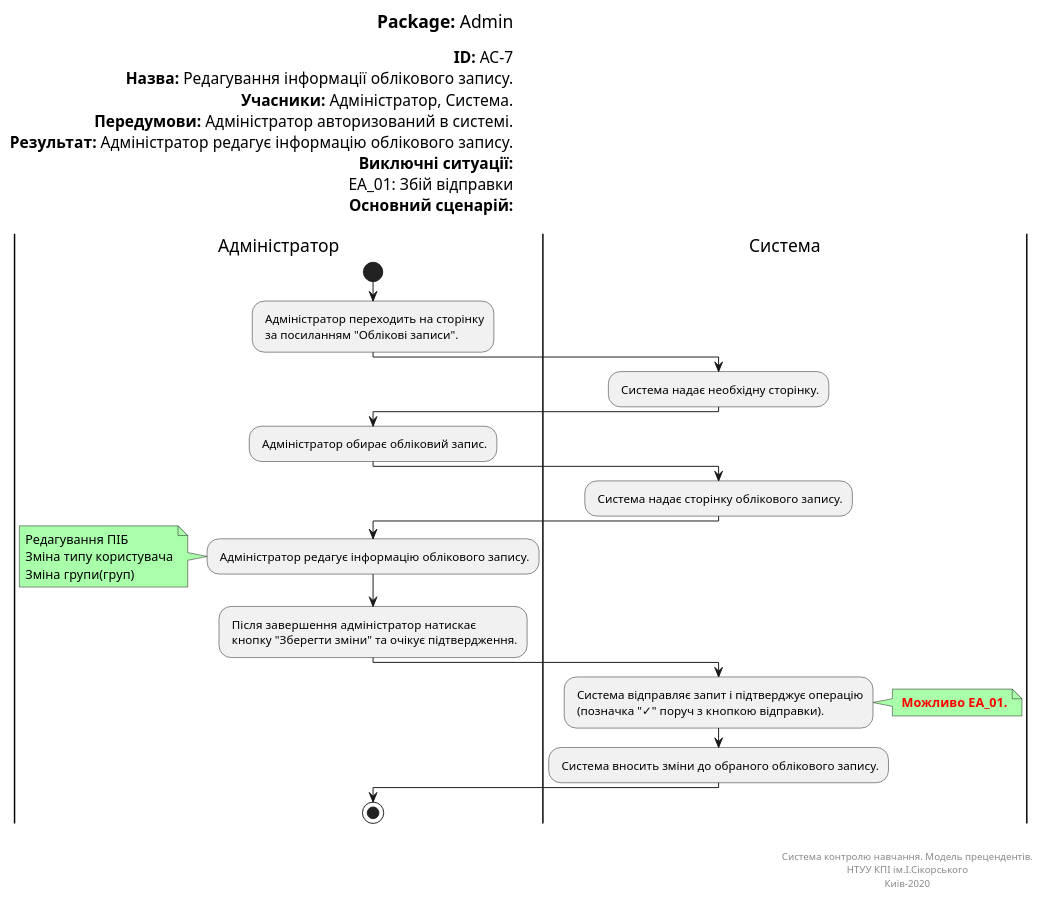
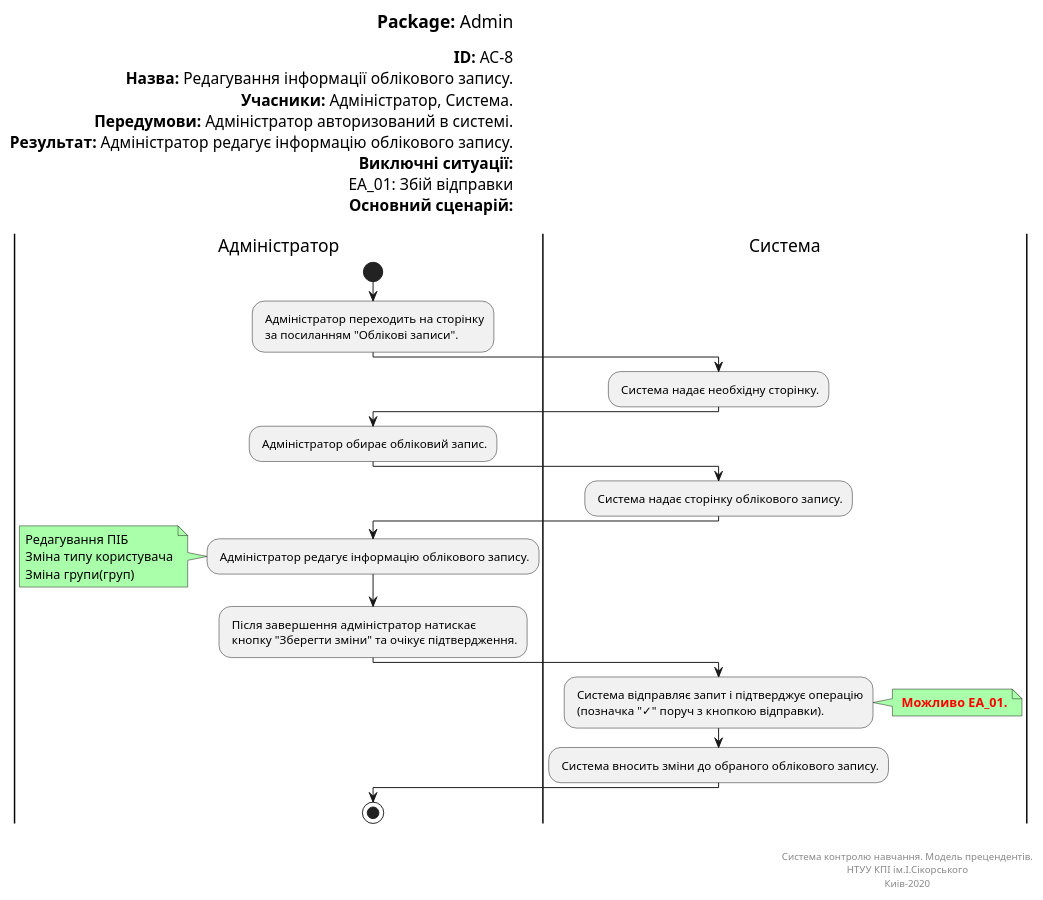
The diagram in docs/UML_Diagrams/scenarios/admin/src/edit_user.pu (vladlinu/TeamOne), drawn with PlantUML before and after one commit. The commit also changed 18 other files, not shown here.

```diff
--- a/docs/UML_Diagrams/scenarios/admin/src/edit_user.pu
+++ b/docs/UML_Diagrams/scenarios/admin/src/edit_user.pu
@@ -1,63 +1,63 @@
 @startuml
 left header
 <font color=000 size=18><b>Package:</b> Admin
 
-<font color=000 size=16><b>ID:</b> AC-7
+<font color=000 size=16><b>ID:</b> AC-8
 <font color=000 size=16><b>Назва:</b> Редагування інформації облікового запису.
 <font color=000 size=16><b>Учасники:</b> Адміністратор, Система.
 <font color=000 size=16><b>Передумови:</b> Адміністратор авторизований в системі.
 <font color=000 size=16><b>Результат:</b> Адміністратор редагує інформацію облікового запису.
 <font color=000 size=16><b>Виключні ситуації:</b>
 <font color=000 size=16> EA_01: Збій відправки
 <font color=000 size=16><b>Основний сценарій:</b>
 
 end header
 
 |Адміністратор|
 start
 : Адміністратор переходить на сторінку 
  за посиланням "Облікові записи".;
 
 |Система|
 : Система надає необхідну сторінку.;
 
 |Адміністратор|
 : Адміністратор обирає обліковий запис.;
 
 |Система|
 : Система надає сторінку облікового запису.;
 
 |Адміністратор|
 : Адміністратор редагує інформацію облікового запису.;
 
 note left #aaffaa
 Редагування ПІБ
 Зміна типу користувача
 Зміна групи(груп)
 end note
 
 |Адміністратор|
 : Після завершення  адміністратор натискає
  кнопку "Зберегти зміни" та очікує підтвердження.;
 
 |Система|
 : Система відправляє запит і підтверджує операцію
  (позначка "✓" поруч з кнопкою відправки).;
 
 note right #aaffaa
 <font color=red><b> Можливо EA_01.
 end note
 
 : Система вносить зміни до обраного облікового запису.;
 
 |Адміністратор|
 stop;
 
 right footer
 
 
 Система контролю навчання. Модель прецендентів.
 НТУУ КПІ ім.І.Сікорського
 Киів-2020
 end footer
 @enduml
```
